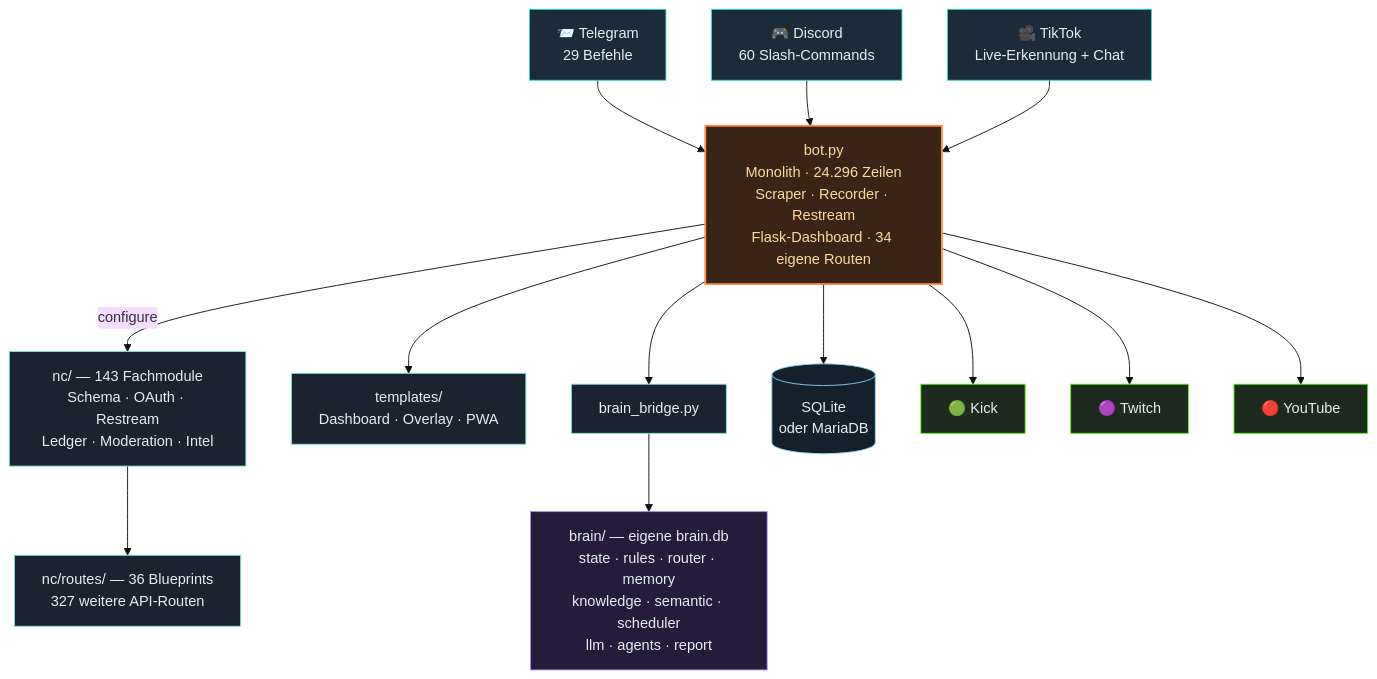
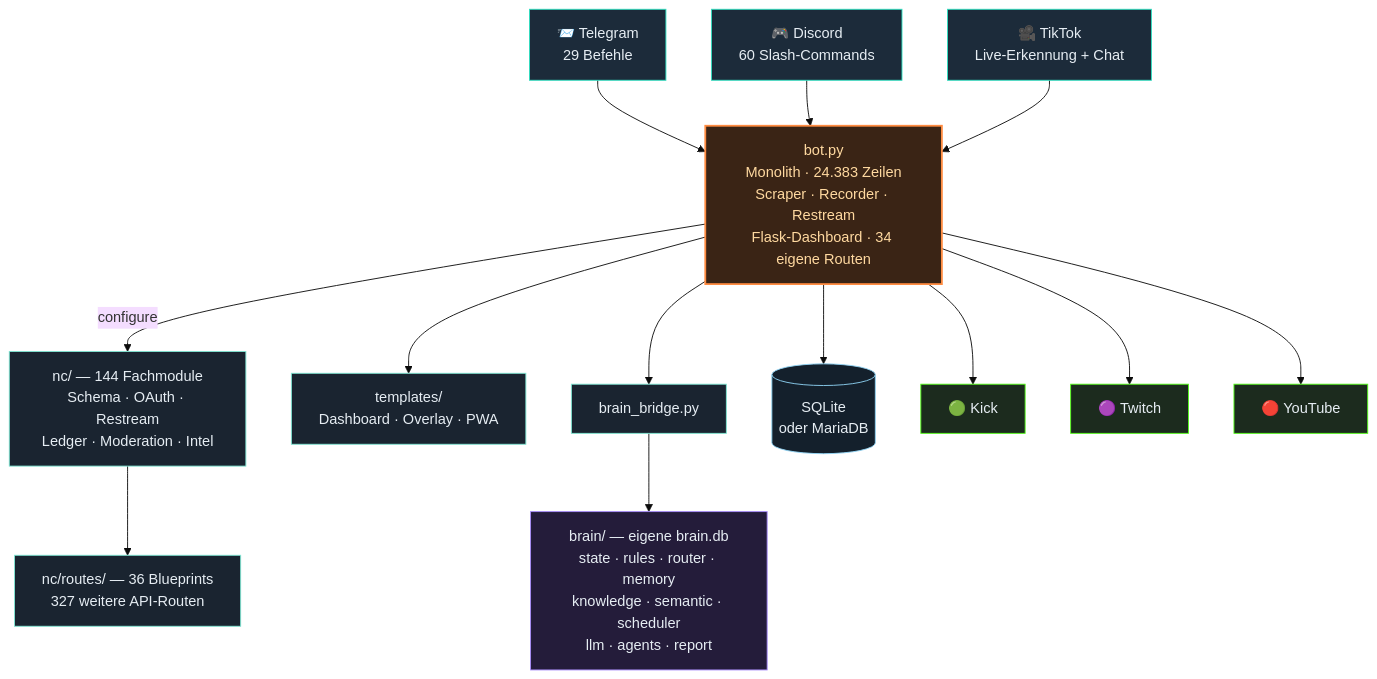
The third of 4 diagrams in README.md (itsamemedev/Telegram-Stream-Info-Bot), drawn with Mermaid (base theme) before and after one commit. The commit also changed other lines of this file and 7 other files, not shown here.

````diff
--- a/README.md
+++ b/README.md
@@ -189,30 +189,30 @@
 ```mermaid
 flowchart TB
     TG["📨 Telegram<br/>29 Befehle"]:::ein
     DC["🎮 Discord<br/>60 Slash-Commands"]:::ein
     TT["🎥 TikTok<br/>Live-Erkennung + Chat"]:::ein
 
     TG --> BOT
     DC --> BOT
     TT --> BOT
 
-    BOT["bot.py<br/>Monolith · 24.296 Zeilen<br/>Scraper · Recorder · Restream<br/>Flask-Dashboard · 34 eigene Routen"]:::core
+    BOT["bot.py<br/>Monolith · 24.383 Zeilen<br/>Scraper · Recorder · Restream<br/>Flask-Dashboard · 34 eigene Routen"]:::core
 
-    BOT -->|configure| NC["nc/ — 143 Fachmodule<br/>Schema · OAuth · Restream<br/>Ledger · Moderation · Intel"]:::lib
+    BOT -->|configure| NC["nc/ — 144 Fachmodule<br/>Schema · OAuth · Restream<br/>Ledger · Moderation · Intel"]:::lib
     NC --> RT["nc/routes/ — 36 Blueprints<br/>327 weitere API-Routen"]:::lib
     BOT --> TPL["templates/<br/>Dashboard · Overlay · PWA"]:::lib
     BOT --> BR["brain_bridge.py"]:::lib
     BR --> BRAIN["brain/ — eigene brain.db<br/>state · rules · router · memory<br/>knowledge · semantic · scheduler<br/>llm · agents · report"]:::brain
     BOT --> DB[("SQLite<br/>oder MariaDB")]:::db
 
     BOT --> KICK["🟢 Kick"]:::out
     BOT --> TW["🟣 Twitch"]:::out
     BOT --> YT["🔴 YouTube"]:::out
 
     classDef ein fill:#1c2b3a,stroke:#2de1c2,color:#e6edf3
     classDef core fill:#3a2415,stroke:#ff8c42,stroke-width:2px,color:#ffd9a0
     classDef lib fill:#1a2430,stroke:#7fe7d4,color:#e6edf3
     classDef brain fill:#241c3a,stroke:#a78bfa,color:#e6edf3
     classDef db fill:#14202c,stroke:#8fd3f4,color:#e6edf3
     classDef out fill:#1c2b1e,stroke:#53fc18,color:#e6edf3
 ```
````
